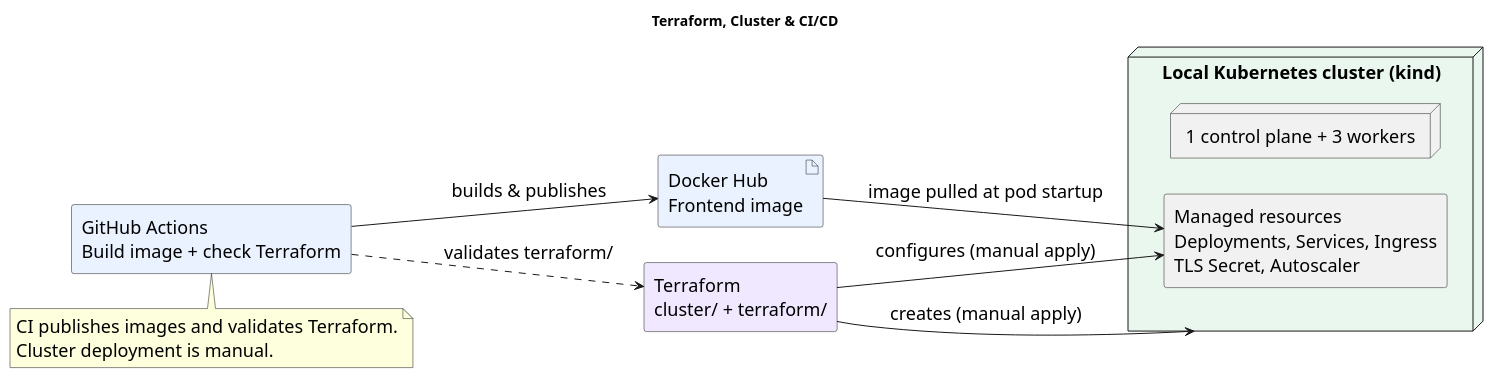
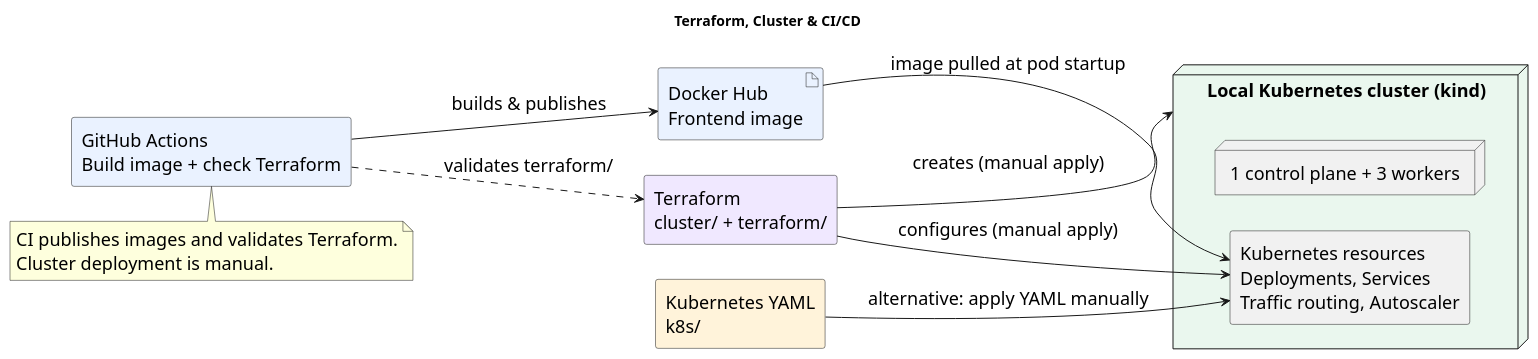
One commit to bumbly-humbly/devops changed the diagram in docs/diagrams/architecture.puml. Above: the diagram before and after it, drawn with PlantUML. The commit also changed other lines of this file and 5 other files, not shown here.

Commit message:
feat(deploy): enable additional resource deployments and add network policy for ingress hardening

```diff
--- a/docs/diagrams/architecture.puml
+++ b/docs/diagrams/architecture.puml
@@ -1,29 +1,31 @@
-@startuml devops
+@startuml
 left to right direction
-
 skinparam shadowing false
 skinparam componentStyle rectangle
 skinparam backgroundColor white
 skinparam defaultFontSize 18
 
 title Terraform, Cluster & CI/CD
 
 component "GitHub Actions\nBuild image + check Terraform" as ci #EAF2FF
 artifact "Docker Hub\nFrontend image" as registry #EAF2FF
 component "Terraform\ncluster/ + terraform/" as tf #F0E8FF
+component "Kubernetes YAML\nk8s/" as manifests #FFF3DA
+
 node "Local Kubernetes cluster (kind)" as cluster #EAF7EE {
   node "1 control plane + 3 workers" as nodes
-  component "Managed resources\nDeployments, Services, Ingress\nTLS Secret, Autoscaler" as resources
+  component "Kubernetes resources\nDeployments, Services\nTraffic routing, Autoscaler" as resources
 }
 
 ci --> registry : builds & publishes
 ci ..> tf : validates terraform/
 tf --> cluster : creates (manual apply)
 tf --> resources : configures (manual apply)
+manifests --> resources : alternative: apply YAML manually
 registry --> resources : image pulled at pod startup
 
 note bottom of ci
   CI publishes images and validates Terraform.
   Cluster deployment is manual.
 end note
 @enduml
```
